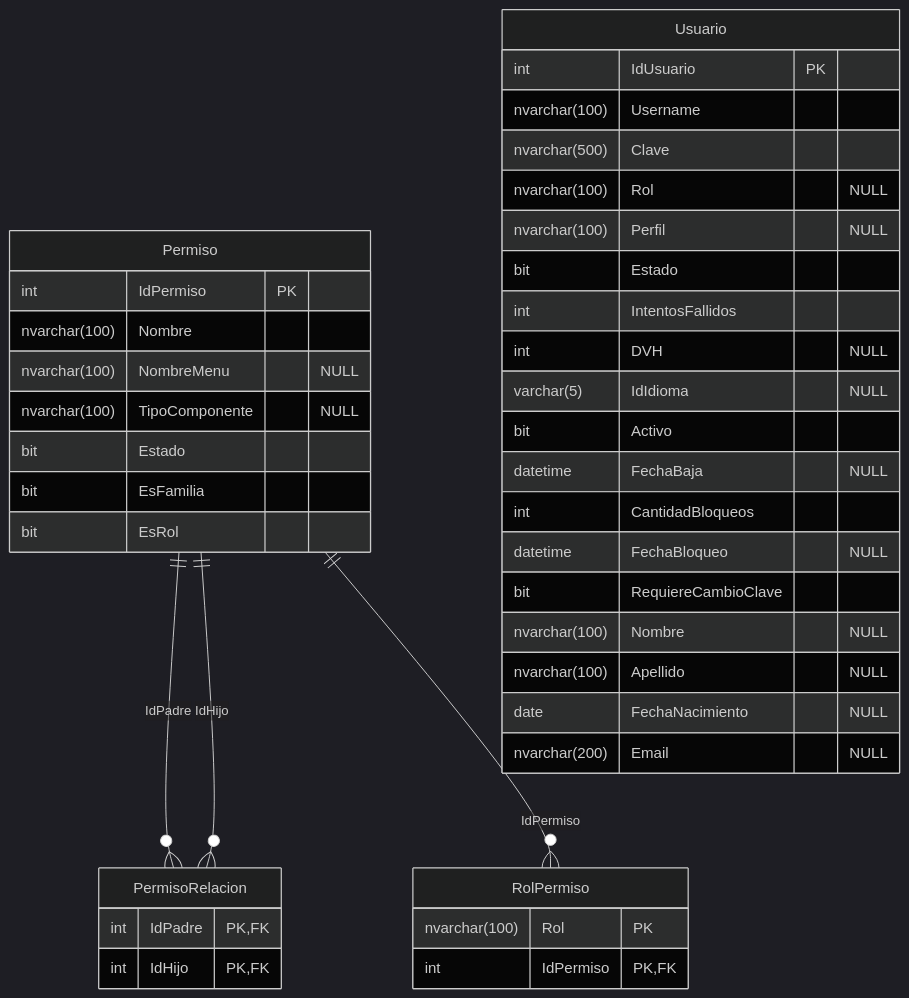
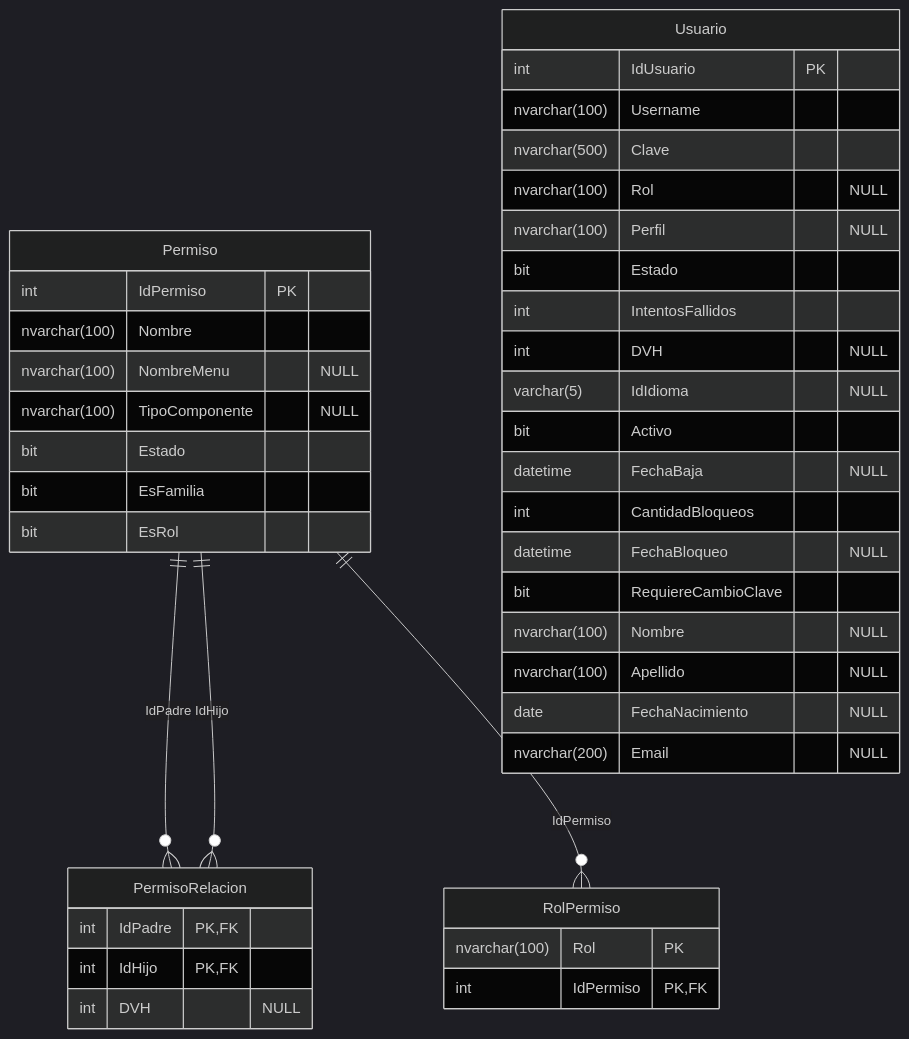
The diagram in docs/diagramas/mermaid/DER_T04_perfiles.mmd (valentinamorana/Trabajo-de-Diploma), drawn with Mermaid (dark theme) before and after one commit. The commit also changed 38 other files, not shown here.

```diff
--- a/docs/diagramas/mermaid/DER_T04_perfiles.mmd
+++ b/docs/diagramas/mermaid/DER_T04_perfiles.mmd
@@ -1,41 +1,42 @@
 erDiagram
   Permiso ||--o{ PermisoRelacion : "IdPadre"
   Permiso ||--o{ PermisoRelacion : "IdHijo"
   Permiso ||--o{ RolPermiso : "IdPermiso"
   Permiso {
     int IdPermiso PK
     nvarchar(100) Nombre
     nvarchar(100) NombreMenu "NULL"
     nvarchar(100) TipoComponente "NULL"
     bit Estado
     bit EsFamilia
     bit EsRol
   }
   PermisoRelacion {
     int IdPadre PK,FK
     int IdHijo PK,FK
+    int DVH "NULL"
   }
   RolPermiso {
     nvarchar(100) Rol PK
     int IdPermiso PK,FK
   }
   Usuario {
     int IdUsuario PK
     nvarchar(100) Username
     nvarchar(500) Clave
     nvarchar(100) Rol "NULL"
     nvarchar(100) Perfil "NULL"
     bit Estado
     int IntentosFallidos
     int DVH "NULL"
     varchar(5) IdIdioma "NULL"
     bit Activo
     datetime FechaBaja "NULL"
     int CantidadBloqueos
     datetime FechaBloqueo "NULL"
     bit RequiereCambioClave
     nvarchar(100) Nombre "NULL"
     nvarchar(100) Apellido "NULL"
     date FechaNacimiento "NULL"
     nvarchar(200) Email "NULL"
   }
```
